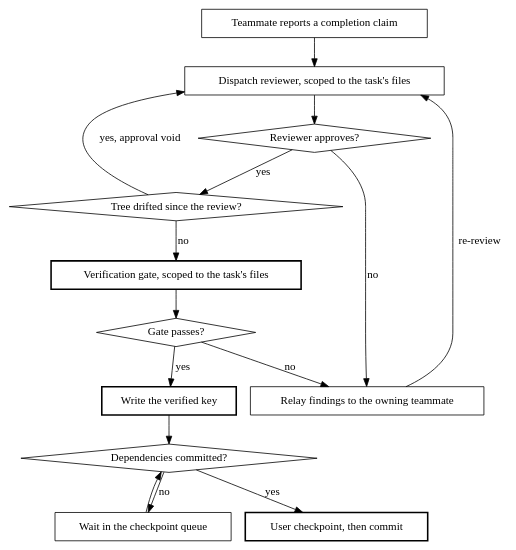
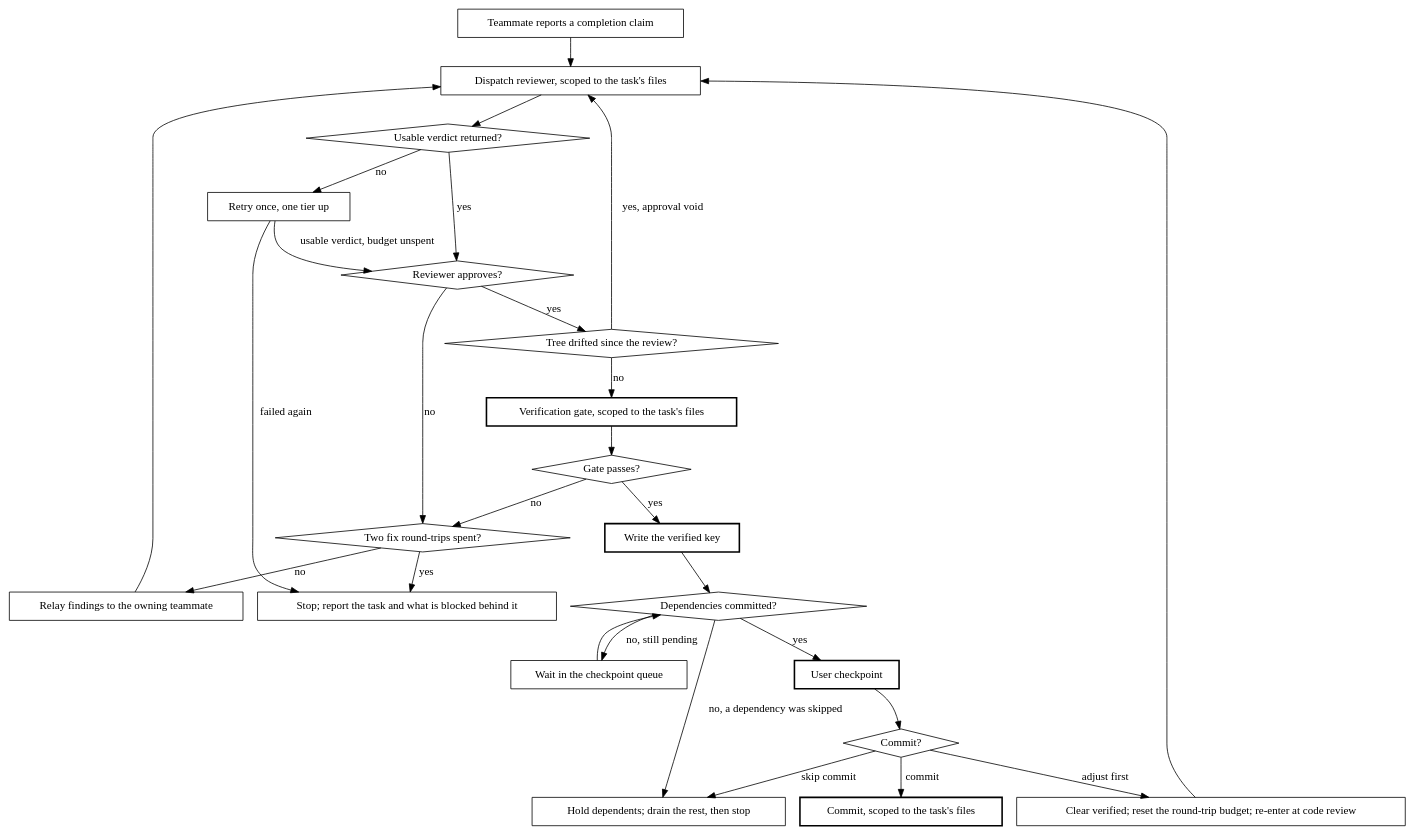
The diagram in skills/orchestrated-implementation/SKILL.md (philipobenito/elelem), drawn with Graphviz before and after one commit. The commit also changed other lines of this file and 1 other file, not shown here.

First line of the commit message:
Refine Teammate Protocol documentation for clarity and accuracy

````diff
--- a/skills/orchestrated-implementation/SKILL.md
+++ b/skills/orchestrated-implementation/SKILL.md
@@ -187,32 +187,52 @@
 ```dot
 digraph per_task {
     rankdir=TB;
 
     "Teammate reports a completion claim" [shape=box];
     "Dispatch reviewer, scoped to the task's files" [shape=box];
+    "Usable verdict returned?" [shape=diamond];
+    "Retry once, one tier up" [shape=box];
     "Reviewer approves?" [shape=diamond];
     "Relay findings to the owning teammate" [shape=box];
+    "Two fix round-trips spent?" [shape=diamond];
+    "Stop; report the task and what is blocked behind it" [shape=box];
     "Tree drifted since the review?" [shape=diamond];
     "Verification gate, scoped to the task's files" [shape=box, style=bold];
     "Gate passes?" [shape=diamond];
     "Write the verified key" [shape=box, style=bold];
     "Dependencies committed?" [shape=diamond];
     "Wait in the checkpoint queue" [shape=box];
-    "User checkpoint, then commit" [shape=box, style=bold];
+    "User checkpoint" [shape=box, style=bold];
+    "Commit?" [shape=diamond];
+    "Commit, scoped to the task's files" [shape=box, style=bold];
+    "Clear verified; reset the round-trip budget; re-enter at code review" [shape=box];
+    "Hold dependents; drain the rest, then stop" [shape=box];
 
     "Teammate reports a completion claim" -> "Dispatch reviewer, scoped to the task's files";
-    "Dispatch reviewer, scoped to the task's files" -> "Reviewer approves?";
-    "Reviewer approves?" -> "Relay findings to the owning teammate" [label="no"];
-    "Relay findings to the owning teammate" -> "Dispatch reviewer, scoped to the task's files" [label="re-review"];
+    "Dispatch reviewer, scoped to the task's files" -> "Usable verdict returned?";
+    "Usable verdict returned?" -> "Retry once, one tier up" [label="no"];
+    "Retry once, one tier up" -> "Reviewer approves?" [label="usable verdict, budget unspent"];
+    "Retry once, one tier up" -> "Stop; report the task and what is blocked behind it" [label="failed again"];
+    "Usable verdict returned?" -> "Reviewer approves?" [label="yes"];
+    "Reviewer approves?" -> "Two fix round-trips spent?" [label="no"];
+    "Two fix round-trips spent?" -> "Stop; report the task and what is blocked behind it" [label="yes"];
+    "Two fix round-trips spent?" -> "Relay findings to the owning teammate" [label="no"];
+    "Relay findings to the owning teammate" -> "Dispatch reviewer, scoped to the task's files";
     "Reviewer approves?" -> "Tree drifted since the review?" [label="yes"];
     "Tree drifted since the review?" -> "Dispatch reviewer, scoped to the task's files" [label="yes, approval void"];
     "Tree drifted since the review?" -> "Verification gate, scoped to the task's files" [label="no"];
     "Verification gate, scoped to the task's files" -> "Gate passes?";
-    "Gate passes?" -> "Relay findings to the owning teammate" [label="no"];
+    "Gate passes?" -> "Two fix round-trips spent?" [label="no"];
     "Gate passes?" -> "Write the verified key" [label="yes"];
     "Write the verified key" -> "Dependencies committed?";
-    "Dependencies committed?" -> "Wait in the checkpoint queue" [label="no"];
+    "Dependencies committed?" -> "Wait in the checkpoint queue" [label="no, still pending"];
+    "Dependencies committed?" -> "Hold dependents; drain the rest, then stop" [label="no, a dependency was skipped"];
     "Wait in the checkpoint queue" -> "Dependencies committed?";
-    "Dependencies committed?" -> "User checkpoint, then commit" [label="yes"];
+    "Dependencies committed?" -> "User checkpoint" [label="yes"];
+    "User checkpoint" -> "Commit?";
+    "Commit?" -> "Commit, scoped to the task's files" [label="commit"];
+    "Commit?" -> "Clear verified; reset the round-trip budget; re-enter at code review" [label="adjust first"];
+    "Clear verified; reset the round-trip budget; re-enter at code review" -> "Dispatch reviewer, scoped to the task's files";
+    "Commit?" -> "Hold dependents; drain the rest, then stop" [label="skip commit"];
 }
 ```
````
